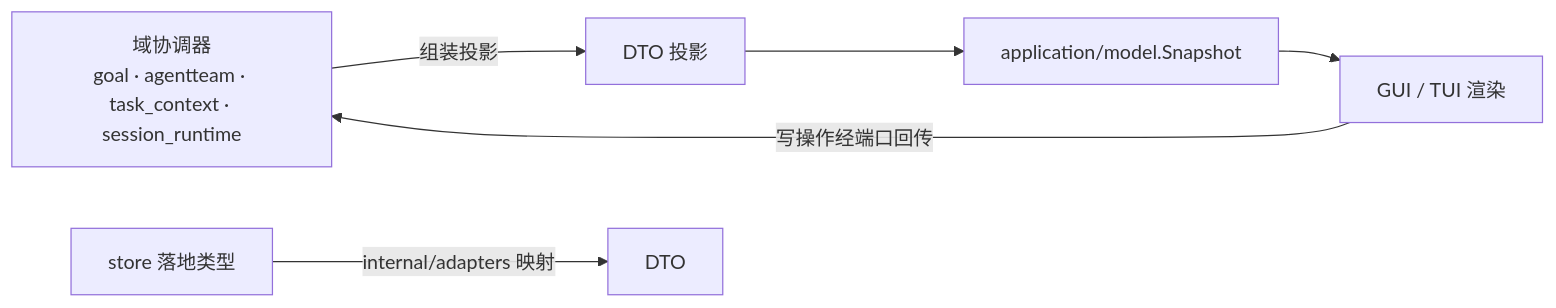
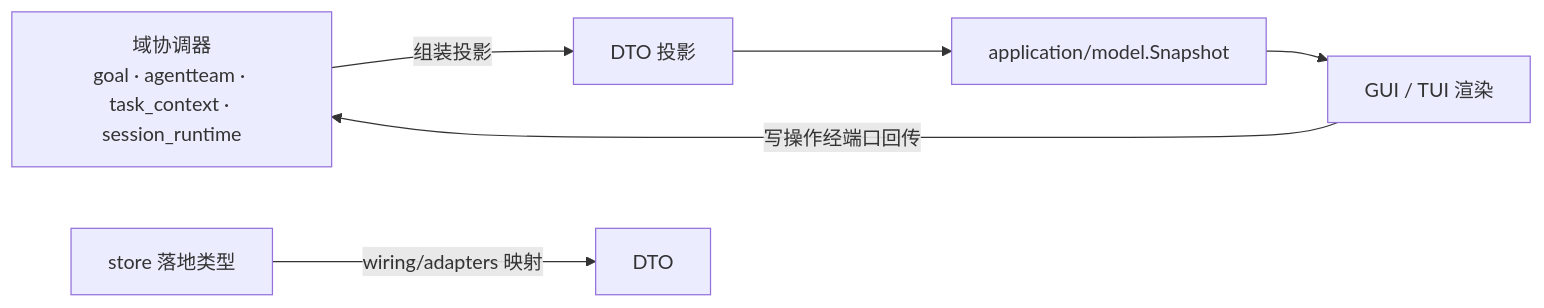
Before and after one commit to RedHuang-0622/seelex: the second of 2 diagrams in contract/dto/README.md, drawn with Mermaid. The commit also changed other lines of this file and 79 other files, not shown here.

First line of the commit message:
refactor(arch): M5-R1 internal/adapters 归位 wiring/adapters（plan §2.10）

````diff
--- a/contract/dto/README.md
+++ b/contract/dto/README.md
@@ -66,8 +66,8 @@
 ```mermaid
 flowchart LR
     DOMAIN["域协调器<br/>goal · agentteam · task_context · session_runtime"] -->|组装投影| PROJ["DTO 投影"]
     PROJ --> SNAP["application/model.Snapshot"]
     SNAP --> FE["GUI / TUI 渲染"]
     FE -->|写操作经端口回传| DOMAIN
-    STORE["store 落地类型"] -->|internal/adapters 映射| DTO
+    STORE["store 落地类型"] -->|wiring/adapters 映射| DTO
 ```
````
